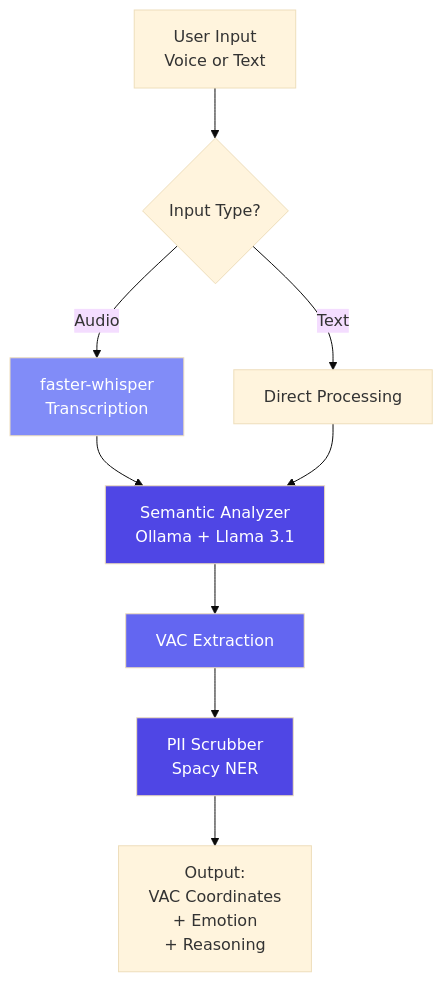
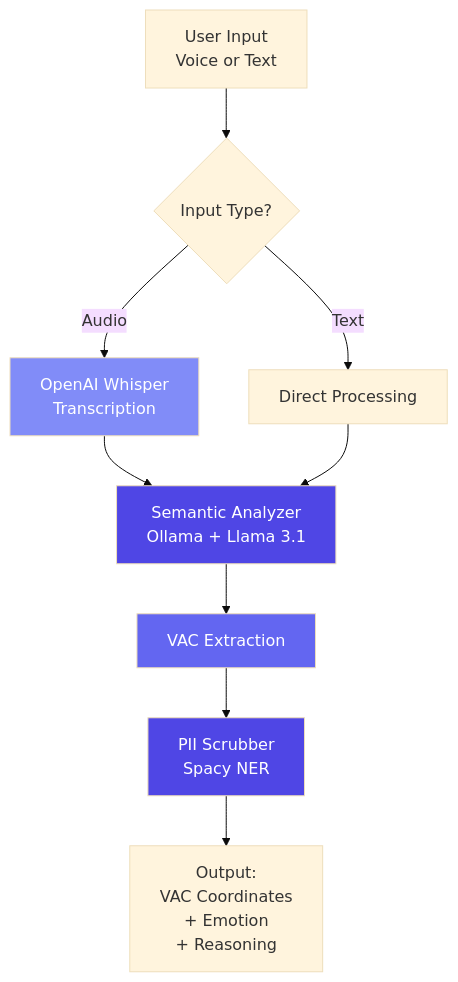
The diagram in docs/src/modules/listener/index.md (jrgochan/l_o_v_e), drawn with Mermaid (base theme) before and after one commit. The commit also changed other lines of this file and 97 other files, not shown here.

````diff
--- a/docs/src/modules/listener/index.md
+++ b/docs/src/modules/listener/index.md
@@ -11,16 +11,16 @@
 ```mermaid
 graph TD
     A[User Input<br/>Voice or Text] --> B{Input Type?}
-    B -->|Audio| C[faster-whisper<br/>Transcription]
+    B -->|Audio| C[OpenAI Whisper<br/>Transcription]
     B -->|Text| D[Direct Processing]
     C --> E[Semantic Analyzer<br/>Ollama + Llama 3.1]
     D --> E
     E --> F[VAC Extraction]
     F --> G[PII Scrubber<br/>Spacy NER]
     G --> H[Output:<br/>VAC Coordinates<br/>+ Emotion<br/>+ Reasoning]
 
     style E fill:#4f46e5,color:#fff
     style C fill:#818cf8,color:#fff
     style F fill:#6366f1,color:#fff
     style G fill:#4f46e5,color:#fff
 ```
````
